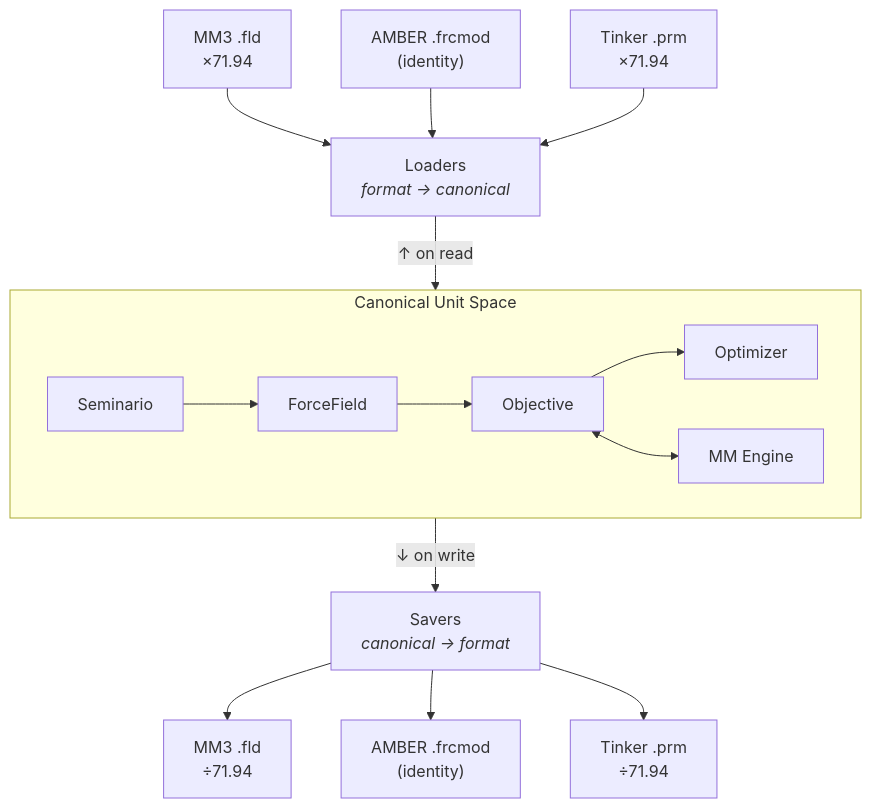
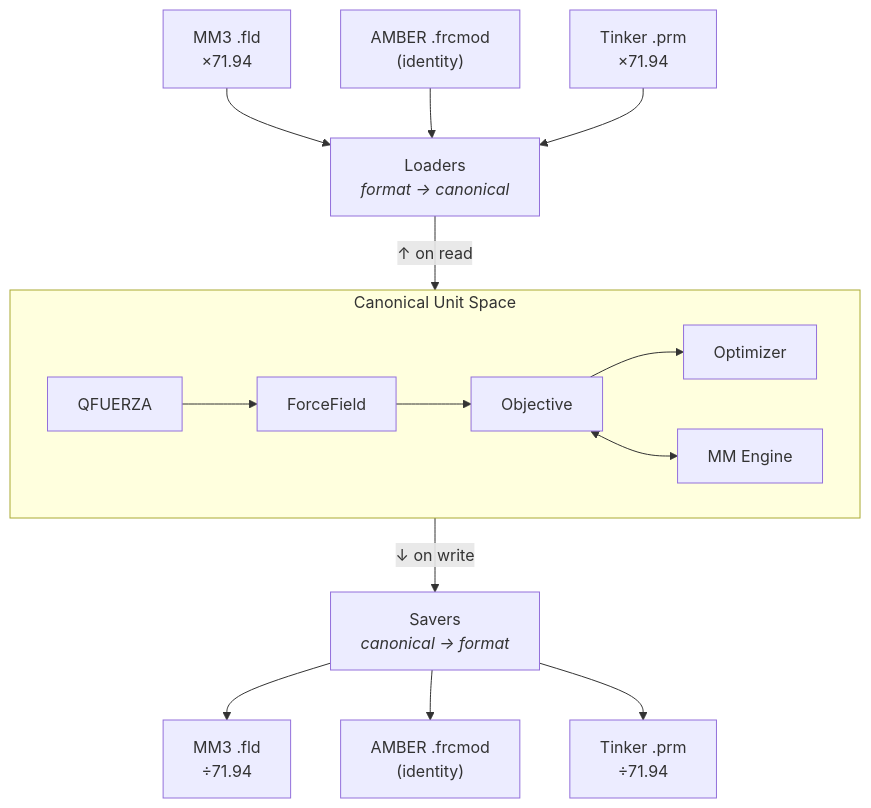
Before and after one commit to ericchansen/q2mm: the first of 2 diagrams in docs/how-it-works/architecture.md, drawn with Mermaid. The commit also changed other lines of this file and 15 other files, not shown here.

````diff
--- a/docs/how-it-works/architecture.md
+++ b/docs/how-it-works/architecture.md
@@ -47,19 +47,19 @@
 ```mermaid
 graph TB
     subgraph canonical ["Canonical Unit Space"]
         direction LR
-        S[Seminario] --> FF[ForceField] --> OBJ[Objective] --> OPT[Optimizer]
+        Q[QFUERZA] --> FF[ForceField] --> OBJ[Objective] --> OPT[Optimizer]
         OBJ <--> ENG[MM Engine]
     end
 
     L["Loaders<br/><em>format → canonical</em>"] -->|"↑ on read"| canonical
     canonical -->|"↓ on write"| R["Savers<br/><em>canonical → format</em>"]
 
     MM3_in["MM3 .fld<br/>×71.94"] --> L
     AMBER_in["AMBER .frcmod<br/>(identity)"] --> L
     Tinker_in["Tinker .prm<br/>×71.94"] --> L
 
     R --> MM3_out["MM3 .fld<br/>÷71.94"]
     R --> AMBER_out["AMBER .frcmod<br/>(identity)"]
     R --> Tinker_out["Tinker .prm<br/>÷71.94"]
 ```
````
